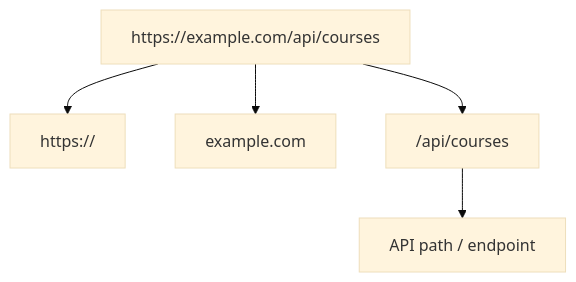
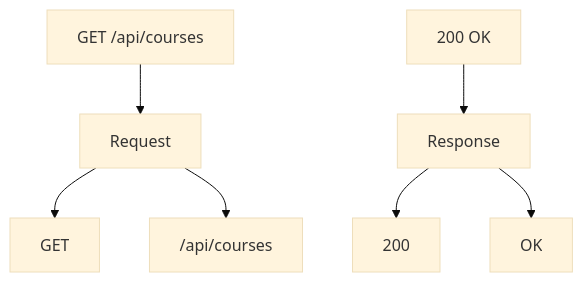
The fourth of 8 diagrams in module-0-1/README.md (reltronersk/skill-wanderer-progress-documentation), drawn with Mermaid (base theme) before and after one commit. The commit also changed other lines of this file, not shown here.

````diff
--- a/module-0-1/README.md
+++ b/module-0-1/README.md
@@ -415,9 +171,10 @@
-```mermaid
+``` mermaid
 flowchart TB
-    A["https://example.com/api/courses"]
+    A["GET /api/courses"] --> B["Request"]
+    B --> C["GET"]
+    B --> D["/api/courses"]
 
-    A --> B["https://"]
-    A --> C["example.com"]
-    A --> D["/api/courses"]
-    D --> E["API path / endpoint"]
+    E["200 OK"] --> F["Response"]
+    F --> G["200"]
+    F --> H["OK"]
 ```
````
